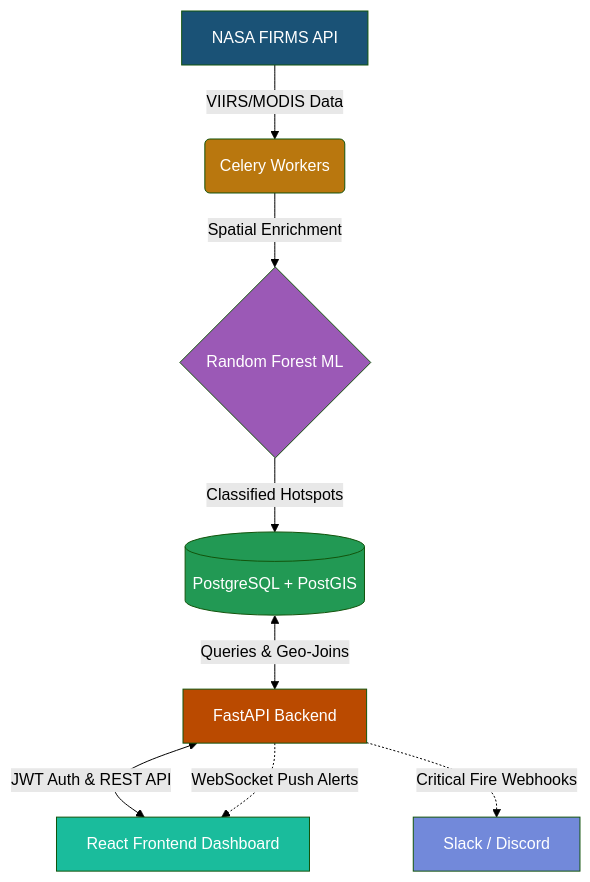
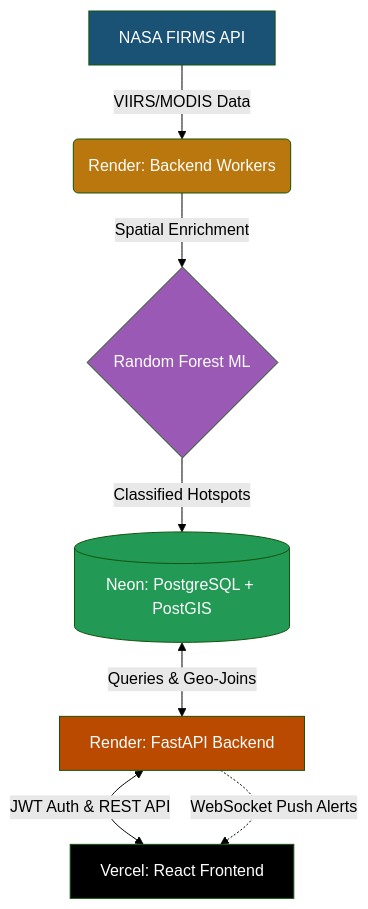
The diagram in README.md (suraj-codes-24/NASA-FIRMS), drawn with Mermaid (forest theme) before and after one commit. The commit also changed other lines of this file, not shown here.

Commit message:
docs: Update README with live production URLs and Cloud Architecture

````diff
--- a/README.md
+++ b/README.md
@@ -55,20 +67,18 @@
 ```mermaid
 graph TD
-    A[NASA FIRMS API] -->|VIIRS/MODIS Data| B(Celery Workers)
+    A[NASA FIRMS API] -->|VIIRS/MODIS Data| B(Render: Backend Workers)
     B -->|Spatial Enrichment| C{Random Forest ML}
-    C -->|Classified Hotspots| D[(PostgreSQL + PostGIS)]
+    C -->|Classified Hotspots| D[(Neon: PostgreSQL + PostGIS)]
     
-    D <-->|Queries & Geo-Joins| E[FastAPI Backend]
+    D <-->|Queries & Geo-Joins| E[Render: FastAPI Backend]
     
-    E <-->|JWT Auth & REST API| F[React Frontend Dashboard]
+    E <-->|JWT Auth & REST API| F[Vercel: React Frontend]
     E -.->|WebSocket Push Alerts| F
-    E -.->|Critical Fire Webhooks| G[Slack / Discord]
     
     style A fill:#1a5276,color:#fff
     style B fill:#b9770e,color:#fff
     style C fill:#9b59b6,color:#fff
     style D fill:#229954,color:#fff
     style E fill:#ba4a00,color:#fff
-    style F fill:#1abc9c,color:#fff
-    style G fill:#7289da,color:#fff
+    style F fill:#000,color:#fff
 ```
````
